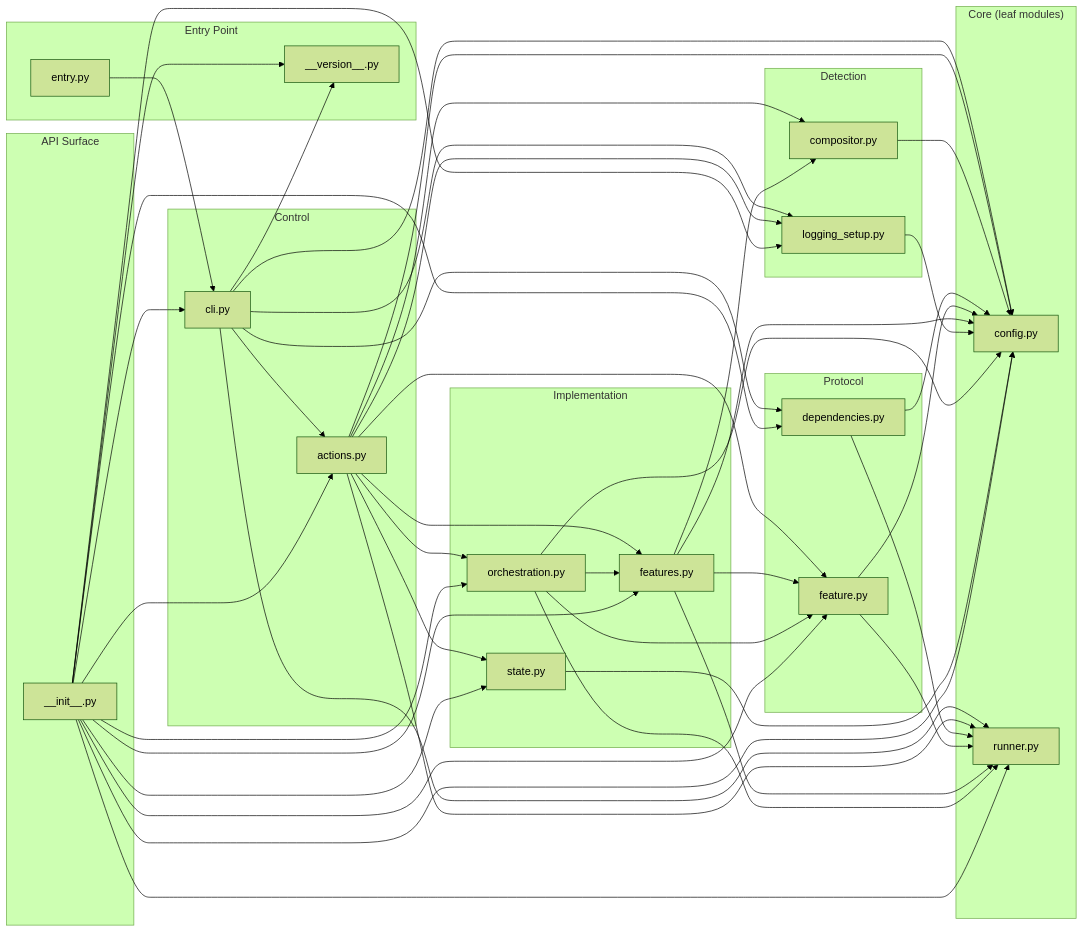
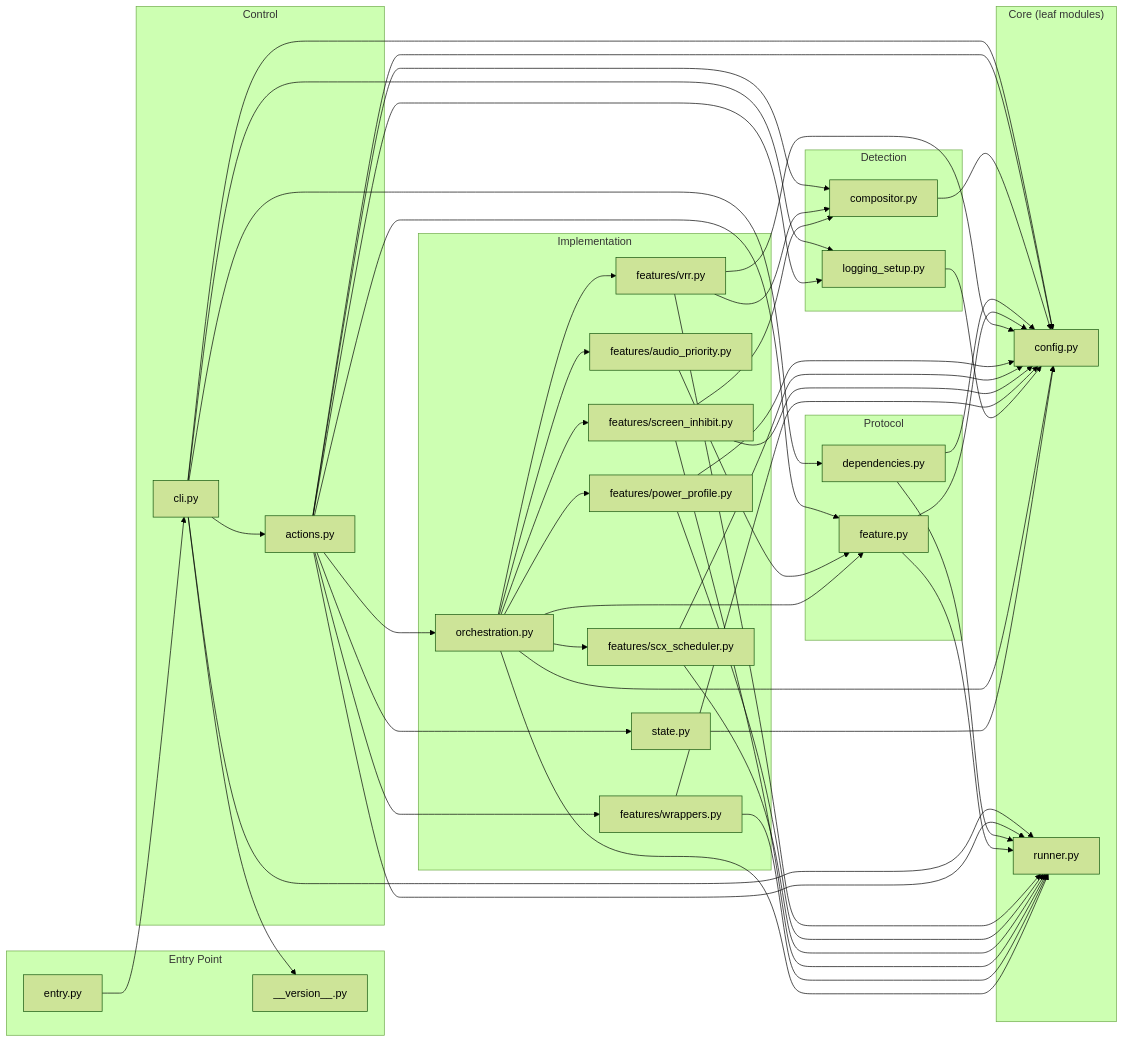
The first of 2 diagrams in DESIGN.md (WombatFromHell/beryl-gamemode), drawn with Mermaid (forest theme) before and after one commit. The commit also changed other lines of this file and 26 other files, not shown here.

Commit message:
More code cleanup, a radon pass, and updated code dependency graphing

````diff
--- a/DESIGN.md
+++ b/DESIGN.md
@@ -32,7 +32,12 @@
     end
 
     subgraph implementation["Implementation"]
-        features[features.py]
+        features_vrr[features/vrr.py]
+        features_pp[features/power_profile.py]
+        features_scx[features/scx_scheduler.py]
+        features_audio[features/audio_priority.py]
+        features_inhibit[features/screen_inhibit.py]
+        features_wrappers[features/wrappers.py]
         state[state.py]
         orchestration[orchestration.py]
     end
@@ -40,10 +45,6 @@
     subgraph control["Control"]
         actions[actions.py]
         cli[cli.py]
-    end
-
-    subgraph api["API Surface"]
-        init[__init__.py]
     end
 
     entry_py --> cli
@@ -57,7 +58,7 @@
     actions --> compositor
     actions --> config
     actions --> feature
-    actions --> features
+    actions --> features_wrappers
     actions --> logging_setup
     actions --> orchestration
     actions --> runner
@@ -68,26 +69,27 @@
     dependencies --> runner
     feature --> config
     feature --> runner
-    features --> compositor
-    features --> config
-    features --> feature
-    features --> runner
+    features_vrr --> compositor
+    features_vrr --> config
+    features_vrr --> runner
+    features_pp --> config
+    features_pp --> runner
+    features_scx --> config
+    features_scx --> runner
+    features_audio --> feature
+    features_inhibit --> compositor
+    features_inhibit --> config
+    features_inhibit --> runner
+    features_wrappers --> config
+    features_wrappers --> runner
     logging_setup --> config
     orchestration --> config
     orchestration --> feature
-    orchestration --> features
+    orchestration --> features_vrr
+    orchestration --> features_pp
+    orchestration --> features_scx
+    orchestration --> features_audio
+    orchestration --> features_inhibit
     orchestration --> runner
     state --> config
-
-    init --> config
-    init --> runner
-    init --> feature
-    init --> features
-    init --> actions
-    init --> cli
-    init --> dependencies
-    init --> logging_setup
-    init --> state
-    init --> orchestration
-    init --> version
 ```
````
